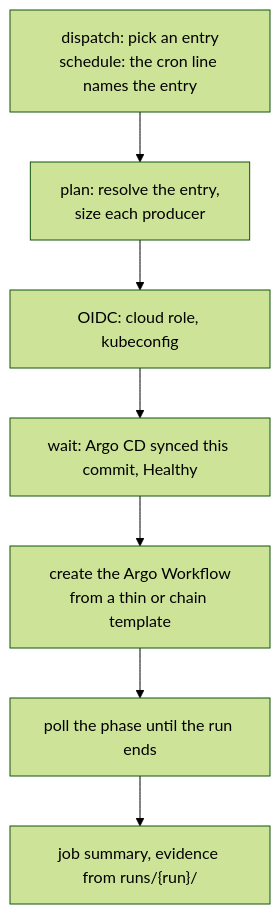
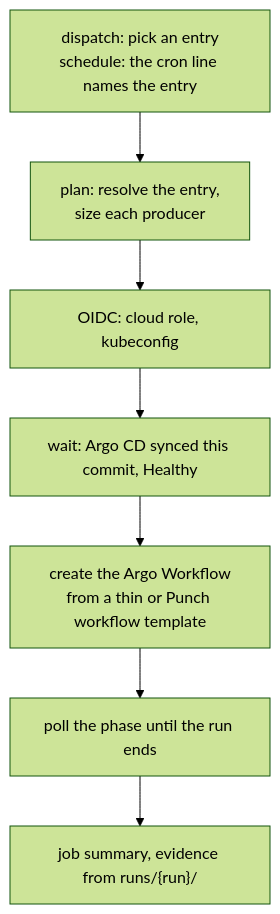
One commit to nicopizar00/punch changed the second of 4 diagrams in docs/architecture/orchestrator-to-kubernetes.md. Above: the diagram before and after it, drawn with Mermaid (forest theme). The commit also changed other lines of this file and 3 other files, not shown here.

````diff
--- a/docs/architecture/orchestrator-to-kubernetes.md
+++ b/docs/architecture/orchestrator-to-kubernetes.md
@@ -97,9 +114,9 @@
 ```mermaid
 flowchart TB
   T["dispatch: pick an entry<br/>schedule: the cron line names the entry"] --> P["plan: resolve the entry,<br/>size each producer"]
   P --> I["OIDC: cloud role, kubeconfig"]
   I --> W["wait: Argo CD synced this commit, Healthy"]
-  W --> S["create the Argo Workflow<br/>from a thin or chain template"]
+  W --> S["create the Argo Workflow<br/>from a thin or Punch workflow template"]
   S --> Poll["poll the phase until the run ends"]
   Poll --> E["job summary, evidence from runs/{run}/"]
 ```
````
